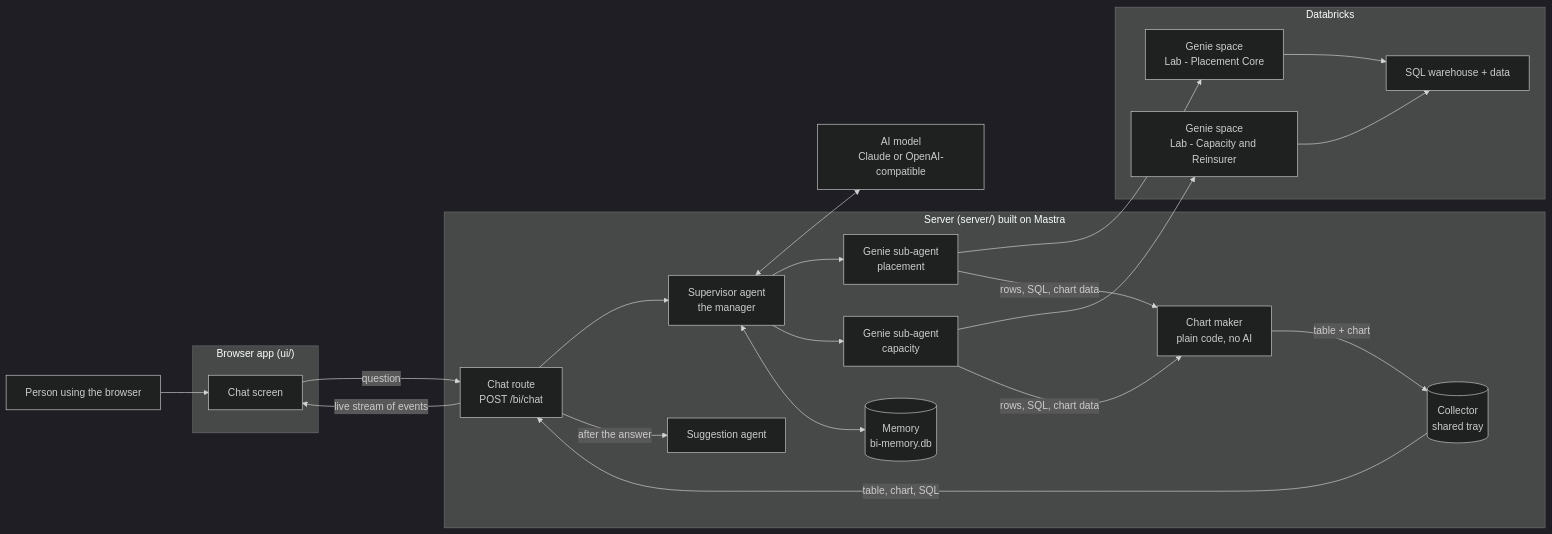
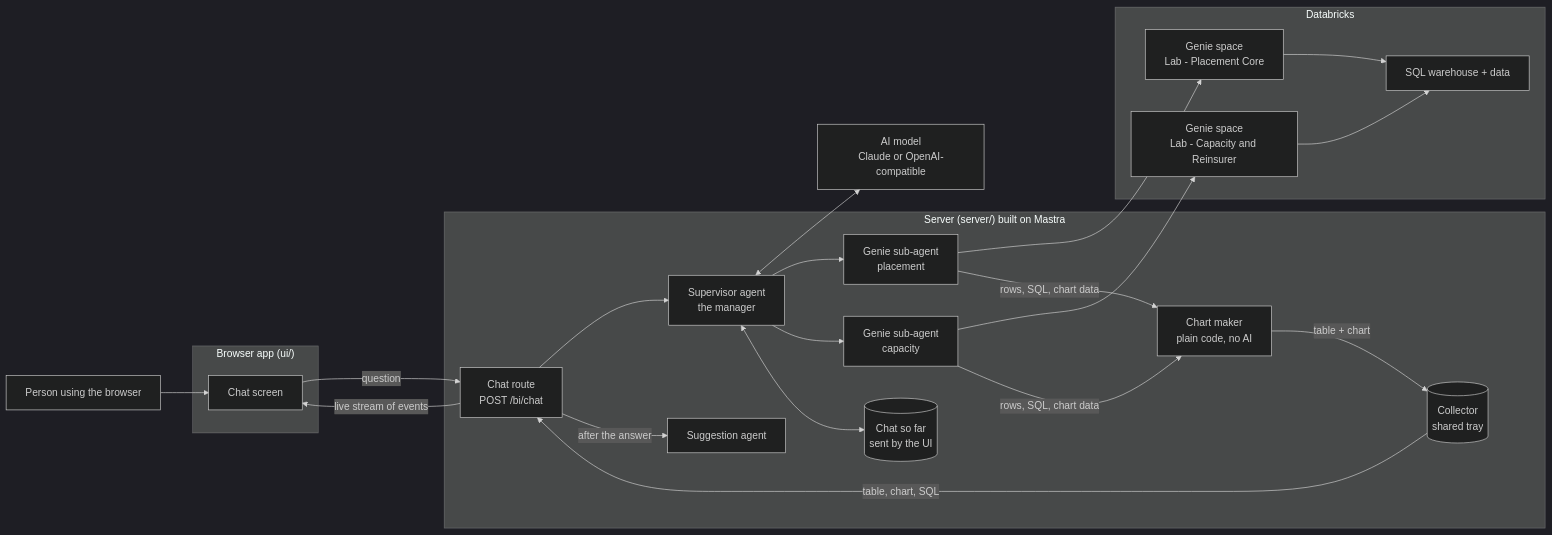
The first of 2 diagrams in docs/01-big-picture.md (YogirajBhoomkar/conversational-bi), drawn with Mermaid (dark theme) before and after one commit. The commit also changed 43 other files, not shown here.

First line of the commit message:
feat(history): the UI sends the chat so far; the server keeps no memory (item 1)

````diff
--- a/docs/01-big-picture.md
+++ b/docs/01-big-picture.md
@@ -39,41 +39,41 @@
 ```mermaid
 flowchart LR
     U[Person using the browser]
     subgraph Browser["Browser app (ui/)"]
         UI[Chat screen]
     end
     subgraph Server["Server (server/) built on Mastra"]
         R[Chat route<br/>POST /bi/chat]
         S[Supervisor agent<br/>the manager]
         G1[Genie sub-agent<br/>placement]
         G2[Genie sub-agent<br/>capacity]
         C[Chart maker<br/>plain code, no AI]
         SG[Suggestion agent]
         COL[(Collector<br/>shared tray)]
-        M[(Memory<br/>bi-memory.db)]
+        M[(Chat so far<br/>sent by the UI)]
     end
     subgraph DBX["Databricks"]
         GN[Genie space<br/>Lab - Placement Core]
         GC[Genie space<br/>Lab - Capacity and Reinsurer]
         SQL[SQL warehouse + data]
     end
     LLM[AI model<br/>Claude or OpenAI-compatible]
 
     U --> UI
     UI -- "question" --> R
     R --> S
     S <--> LLM
     S --> G1
     S --> G2
     G1 --> GN
     G2 --> GC
     GN --> SQL
     GC --> SQL
     G1 -- "rows, SQL, chart data" --> C
     G2 -- "rows, SQL, chart data" --> C
     C -- "table + chart" --> COL
     S <--> M
     R -- "after the answer" --> SG
     COL -- "table, chart, SQL" --> R
     R -- "live stream of events" --> UI
 ```
````
